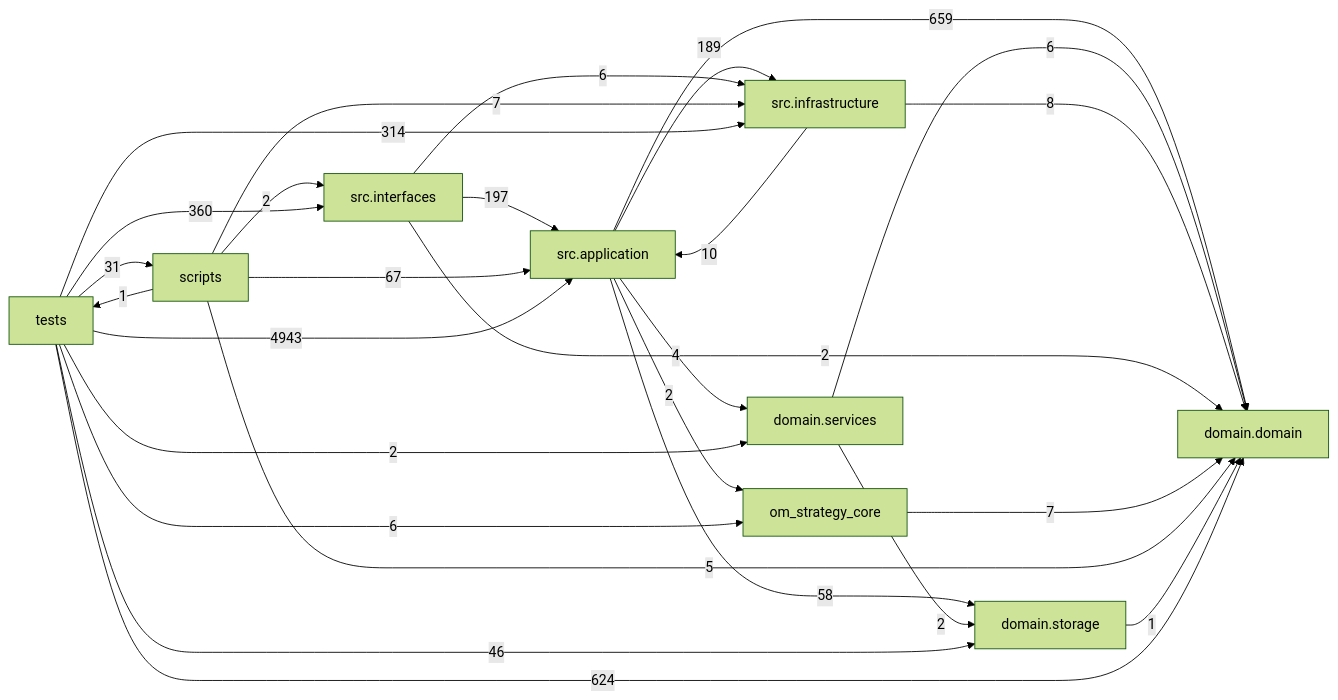
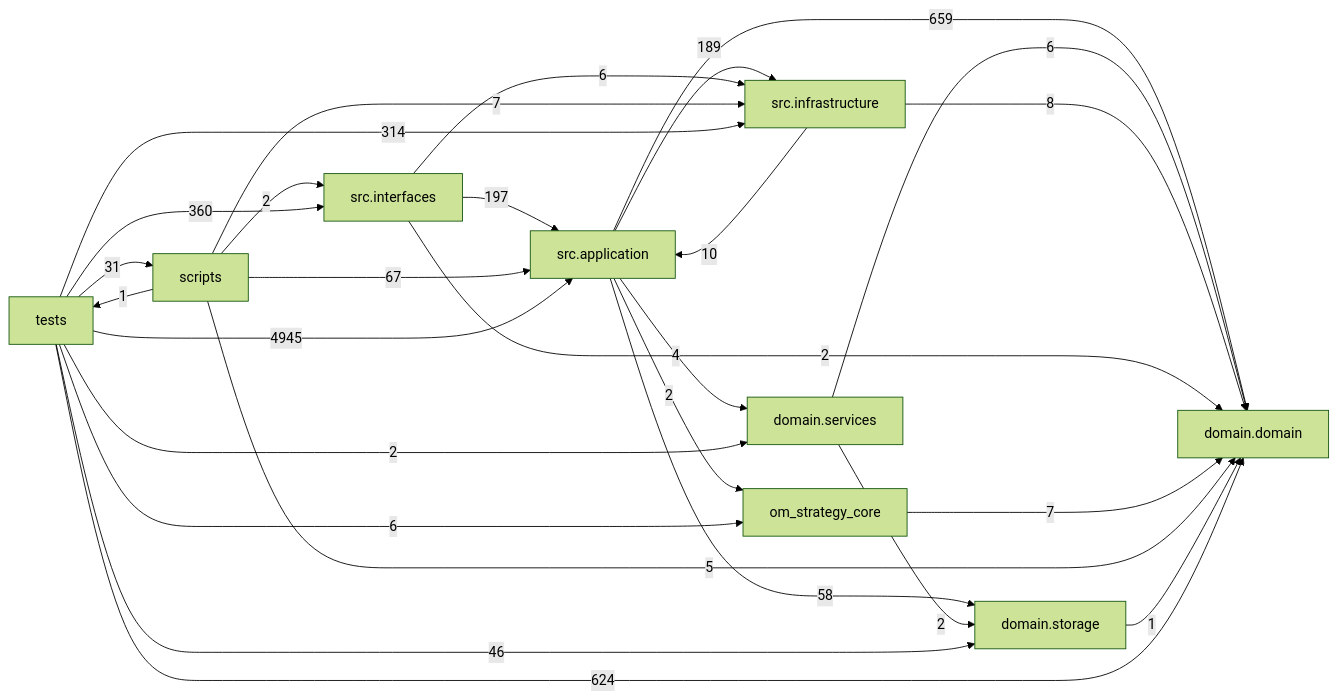
Before and after one commit to liuxie066/options-monitor: the diagram in docs/DEPENDENCY_GRAPH.md, drawn with Mermaid (forest theme). The commit also changed other lines of this file and 2 other files, not shown here.

````diff
--- a/docs/DEPENDENCY_GRAPH.md
+++ b/docs/DEPENDENCY_GRAPH.md
@@ -24,38 +24,38 @@
 ```mermaid
 flowchart LR
   tests["tests"]
   scripts["scripts"]
   interfaces["src.interfaces"]
   application["src.application"]
   infrastructure["src.infrastructure"]
   domain_services["domain.services"]
   domain["domain.domain"]
   storage["domain.storage"]
   application -->|659| domain
   application -->|4| domain_services
   application -->|189| infrastructure
   application -->|2| om_strategy_core
   application -->|58| storage
   domain_services -->|6| domain
   domain_services -->|2| storage
   infrastructure -->|10| application
   infrastructure -->|8| domain
   interfaces -->|197| application
   interfaces -->|2| domain
   interfaces -->|6| infrastructure
   om_strategy_core -->|7| domain
   scripts -->|67| application
   scripts -->|5| domain
   scripts -->|7| infrastructure
   scripts -->|2| interfaces
   scripts -->|1| tests
   storage -->|1| domain
-  tests -->|4943| application
+  tests -->|4945| application
   tests -->|624| domain
   tests -->|2| domain_services
   tests -->|314| infrastructure
   tests -->|360| interfaces
   tests -->|6| om_strategy_core
   tests -->|31| scripts
   tests -->|46| storage
 ```
````
